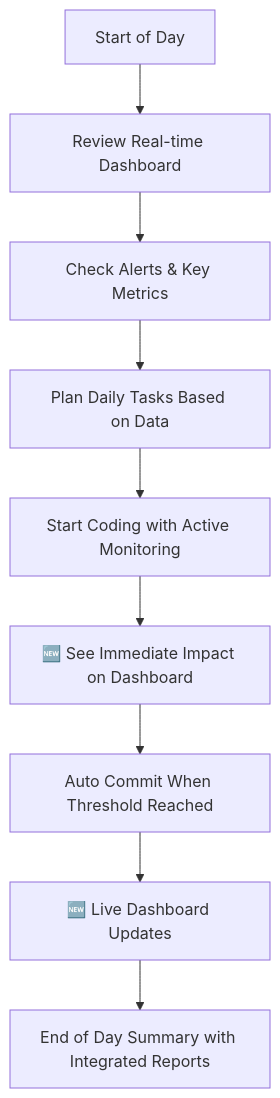
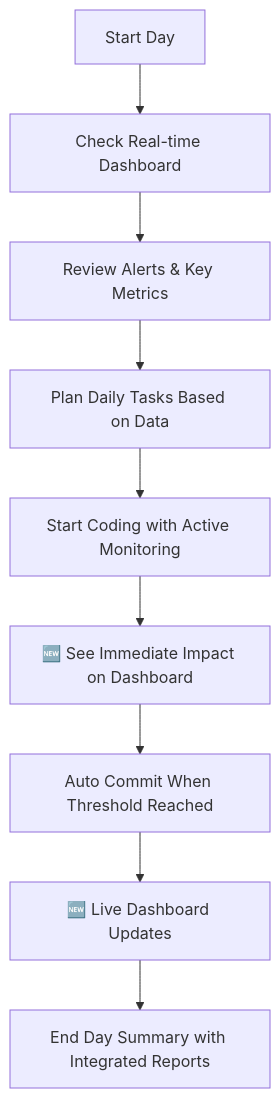
The seventh of 13 diagrams in Docs/entire_project/Quick_Start_Guide/Quick_Start_Guide.md (Shakour-Data/AutoProjectManagement), drawn with Mermaid before and after one commit. The commit also changed other lines of this file, not shown here.

````diff
--- a/Docs/entire_project/Quick_Start_Guide/Quick_Start_Guide.md
+++ b/Docs/entire_project/Quick_Start_Guide/Quick_Start_Guide.md
@@ -2162,11 +620,11 @@
 ```mermaid
 graph TD
-    A[Start of Day] --> B[Review Real-time Dashboard]
-    B --> C[Check Alerts & Key Metrics]
+    A[Start Day] --> B[Check Real-time Dashboard]
+    B --> C[Review Alerts & Key Metrics]
     C --> D[Plan Daily Tasks Based on Data]
     D --> E[Start Coding with Active Monitoring]
     E --> F[🆕 See Immediate Impact on Dashboard]
     F --> G[Auto Commit When Threshold Reached]
     G --> H[🆕 Live Dashboard Updates]
-    H --> I[End of Day Summary with Integrated Reports]
+    H --> I[End Day Summary with Integrated Reports]
 ```
````
